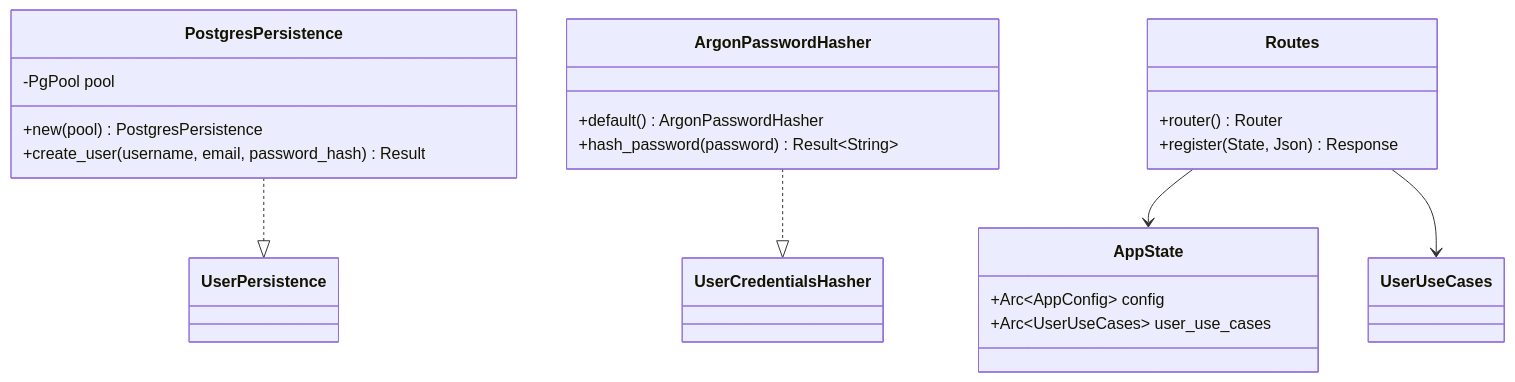
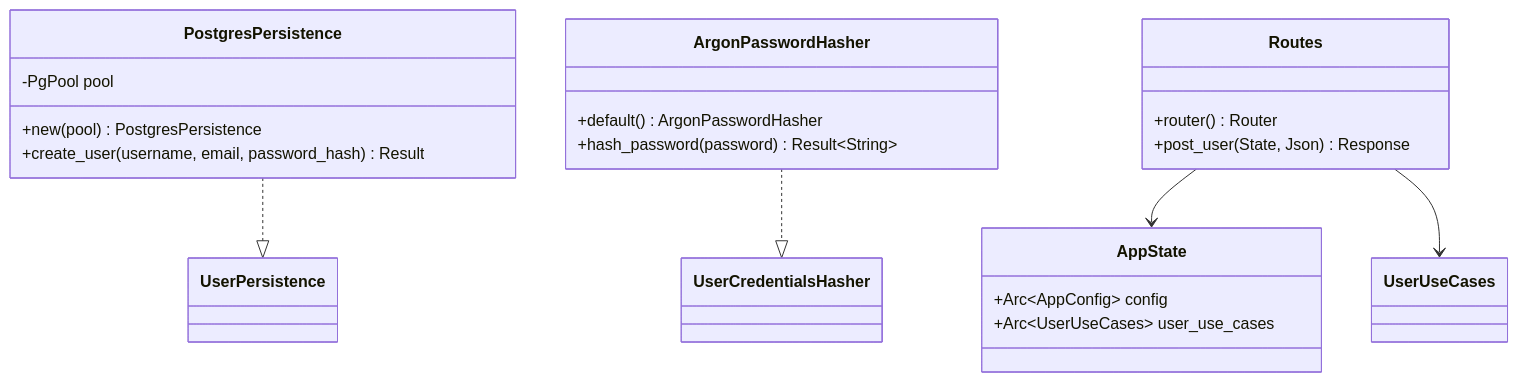
One commit to mingyuchoo/rust-study-series changed the fourth of 8 diagrams in Database/axum-sqlx-postgres/docs/ARCHITECTURE.md. Above: the diagram before and after it, drawn with Mermaid. The commit also changed other lines of this file and 3 other files, not shown here.

````diff
--- a/Database/axum-sqlx-postgres/docs/ARCHITECTURE.md
+++ b/Database/axum-sqlx-postgres/docs/ARCHITECTURE.md
@@ -143,28 +143,28 @@
 ```mermaid
 classDiagram
     class PostgresPersistence {
         -PgPool pool
         +new(pool) PostgresPersistence
         +create_user(username, email, password_hash) Result
     }
     
     class ArgonPasswordHasher {
         +default() ArgonPasswordHasher
         +hash_password(password) Result~String~
     }
     
     class AppState {
         +Arc~AppConfig~ config
         +Arc~UserUseCases~ user_use_cases
     }
     
     class Routes {
         +router() Router
-        +register(State, Json) Response
+        +post_user(State, Json) Response
     }
     
     PostgresPersistence ..|> UserPersistence
     ArgonPasswordHasher ..|> UserCredentialsHasher
     Routes --> AppState
     Routes --> UserUseCases
 ```
````
